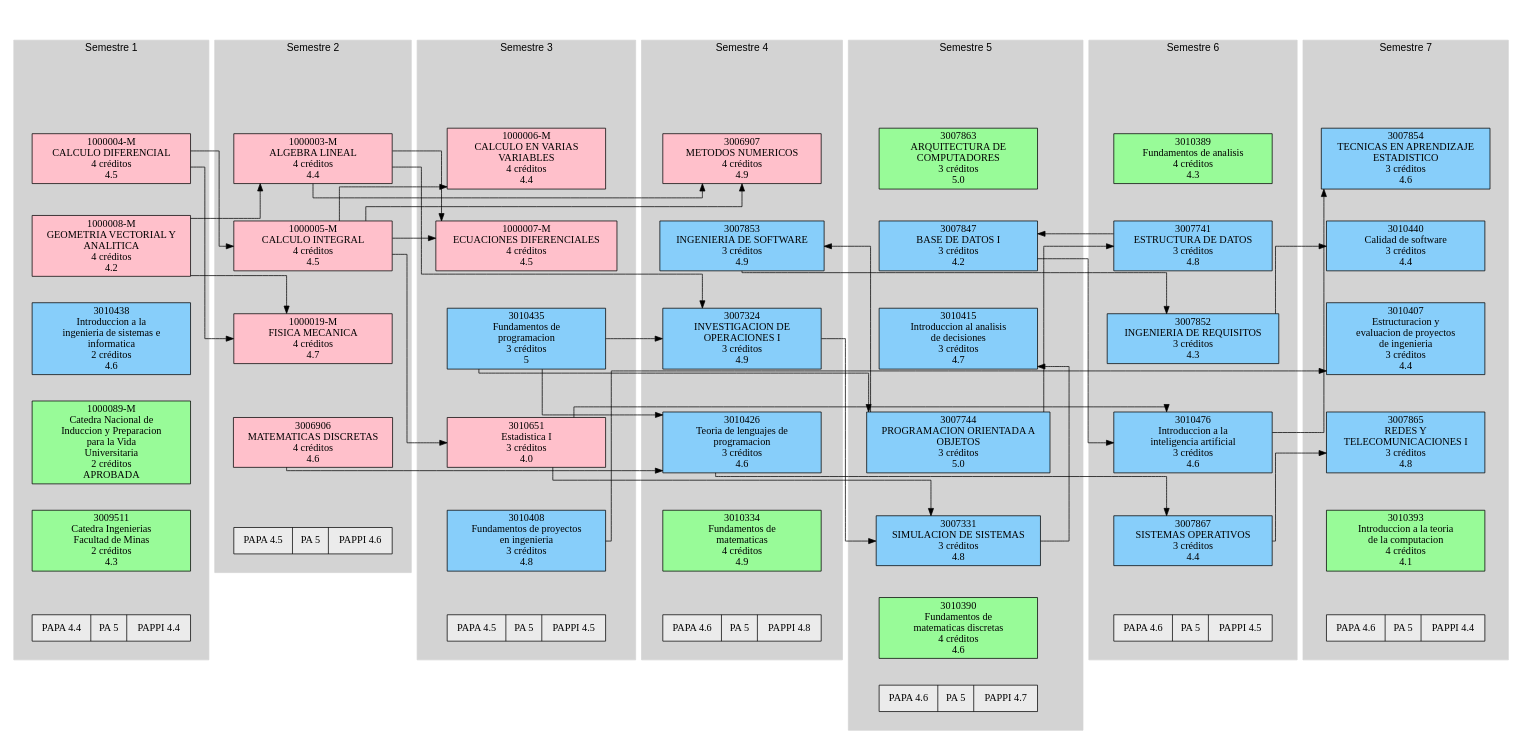
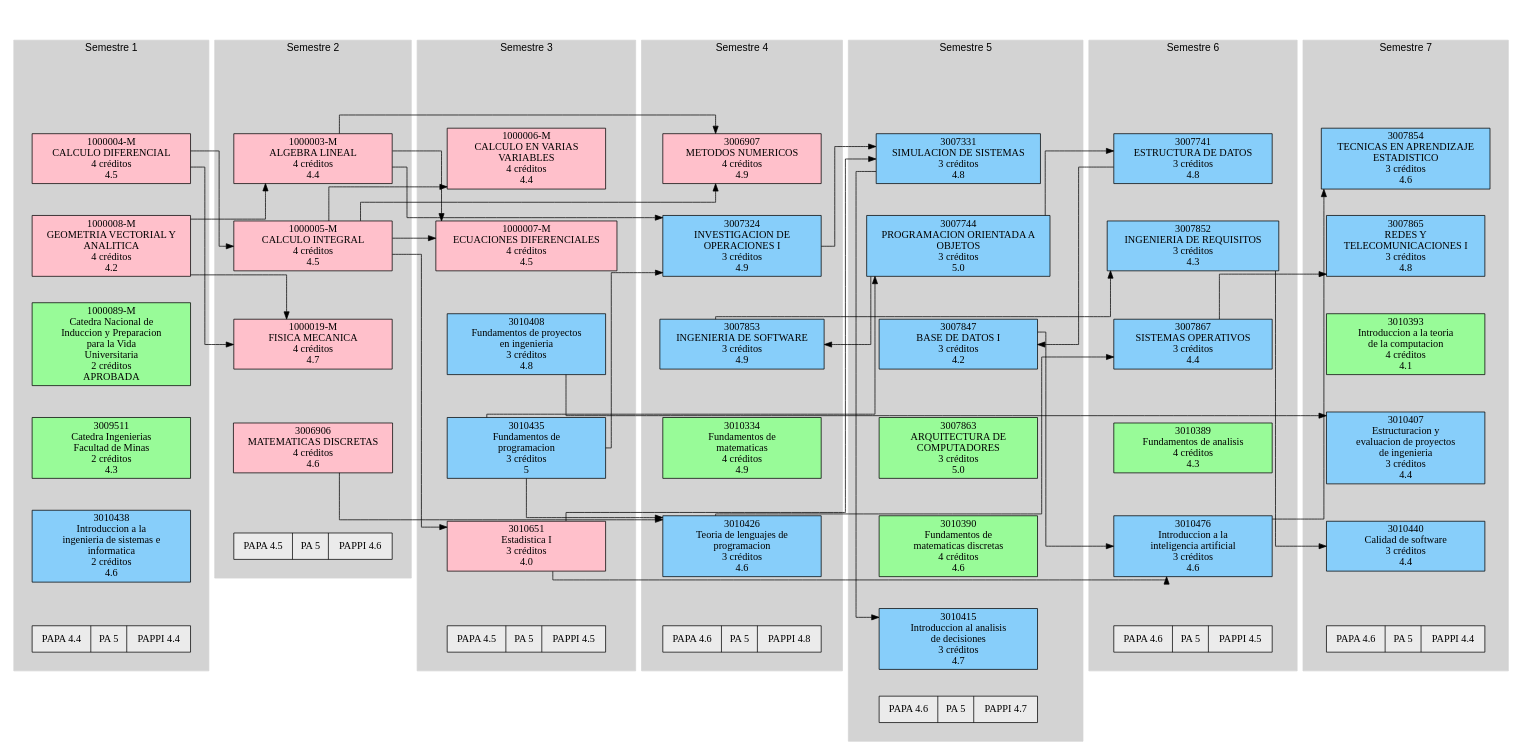
One commit to eporrasm/d-web changed the diagram in codigo/asignatura_catalog/Digraph.gv. Above: the diagram before and after it, drawn with Graphviz. The commit also changed 3 other files, not shown here.

```diff
--- a/codigo/asignatura_catalog/Digraph.gv
+++ b/codigo/asignatura_catalog/Digraph.gv
@@ -18,13 +18,6 @@
 4 créditos
 4.2" fillcolor="#FFC0CB" group=sem1]
 		"1000004-M" -> "1000008-M" [style=invis]
-		3010438 [label="3010438
-Introduccion a la
-ingenieria de sistemas e
-informatica
-2 créditos
-4.6" fillcolor="#87CEFA" group=sem1]
-		"1000008-M" -> 3010438 [style=invis]
 		"1000089-M" [label="1000089-M
 Catedra Nacional de
 Induccion y Preparacion
@@ -32,15 +25,22 @@
 Universitaria
 2 créditos
 APROBADA" fillcolor="#98FB98" group=sem1]
-		3010438 -> "1000089-M" [style=invis]
+		"1000008-M" -> "1000089-M" [style=invis]
 		3009511 [label="3009511
 Catedra Ingenierias
 Facultad de Minas
 2 créditos
 4.3" fillcolor="#98FB98" group=sem1]
 		"1000089-M" -> 3009511 [style=invis]
+		3010438 [label="3010438
+Introduccion a la
+ingenieria de sistemas e
+informatica
+2 créditos
+4.6" fillcolor="#87CEFA" group=sem1]
+		3009511 -> 3010438 [style=invis]
 		"Promedio 1" [label="PAPA 4.4|PA 5|PAPPI 4.4" fillcolor="#EBEBEB" shape=record]
-		3009511 -> "Promedio 1" [style=invis]
+		3010438 -> "Promedio 1" [style=invis]
 	}
 	subgraph cluster_2 {
 		graph [margin=25]
@@ -88,25 +88,25 @@
 4 créditos
 4.5" fillcolor="#FFC0CB" group=sem3]
 		"1000006-M" -> "1000007-M" [style=invis]
+		3010408 [label="3010408
+Fundamentos de proyectos
+en ingenieria
+3 créditos
+4.8" fillcolor="#87CEFA" group=sem3]
+		"1000007-M" -> 3010408 [style=invis]
 		3010435 [label="3010435
 Fundamentos de
 programacion
 3 créditos
 5" fillcolor="#87CEFA" group=sem3]
-		"1000007-M" -> 3010435 [style=invis]
+		3010408 -> 3010435 [style=invis]
 		3010651 [label="3010651
 Estadistica I
 3 créditos
 4.0" fillcolor="#FFC0CB" group=sem3]
 		3010435 -> 3010651 [style=invis]
-		3010408 [label="3010408
-Fundamentos de proyectos
-en ingenieria
-3 créditos
-4.8" fillcolor="#87CEFA" group=sem3]
-		3010651 -> 3010408 [style=invis]
 		"Promedio 3" [label="PAPA 4.5|PA 5|PAPPI 4.5" fillcolor="#EBEBEB" shape=record]
-		3010408 -> "Promedio 3" [style=invis]
+		3010651 -> "Promedio 3" [style=invis]
 	}
 	subgraph cluster_4 {
 		graph [margin=25]
@@ -119,31 +119,31 @@
 4 créditos
 4.9" fillcolor="#FFC0CB" group=sem4]
 		sem_4 -> 3006907 [style=invis]
-		3007853 [label="3007853
-INGENIERIA DE SOFTWARE
-3 créditos
-4.9" fillcolor="#87CEFA" group=sem4]
-		3006907 -> 3007853 [style=invis]
 		3007324 [label="3007324
 INVESTIGACION DE
 OPERACIONES I
 3 créditos
 4.9" fillcolor="#87CEFA" group=sem4]
-		3007853 -> 3007324 [style=invis]
+		3006907 -> 3007324 [style=invis]
+		3007853 [label="3007853
+INGENIERIA DE SOFTWARE
+3 créditos
+4.9" fillcolor="#87CEFA" group=sem4]
+		3007324 -> 3007853 [style=invis]
+		3010334 [label="3010334
+Fundamentos de
+matematicas
+4 créditos
+4.9" fillcolor="#98FB98" group=sem4]
+		3007853 -> 3010334 [style=invis]
 		3010426 [label="3010426
 Teoria de lenguajes de
 programacion
 3 créditos
 4.6" fillcolor="#87CEFA" group=sem4]
-		3007324 -> 3010426 [style=invis]
-		3010334 [label="3010334
-Fundamentos de
-matematicas
-4 créditos
-4.9" fillcolor="#98FB98" group=sem4]
-		3010426 -> 3010334 [style=invis]
+		3010334 -> 3010426 [style=invis]
 		"Promedio 4" [label="PAPA 4.6|PA 5|PAPPI 4.8" fillcolor="#EBEBEB" shape=record]
-		3010334 -> "Promedio 4" [style=invis]
+		3010426 -> "Promedio 4" [style=invis]
 	}
 	subgraph cluster_5 {
 		graph [margin=25]
@@ -151,42 +151,42 @@
 		color=lightgrey fontname=Arial style=filled
 		label="Semestre 5"
 		sem_5 [label=sem_5 style=invis]
+		3007331 [label="3007331
+SIMULACION DE SISTEMAS
+3 créditos
+4.8" fillcolor="#87CEFA" group=sem5]
+		sem_5 -> 3007331 [style=invis]
+		3007744 [label="3007744
+PROGRAMACION ORIENTADA A
+OBJETOS
+3 créditos
+5.0" fillcolor="#87CEFA" group=sem5]
+		3007331 -> 3007744 [style=invis]
+		3007847 [label="3007847
+BASE DE DATOS I
+3 créditos
+4.2" fillcolor="#87CEFA" group=sem5]
+		3007744 -> 3007847 [style=invis]
 		3007863 [label="3007863
 ARQUITECTURA DE
 COMPUTADORES
 3 créditos
 5.0" fillcolor="#98FB98" group=sem5]
-		sem_5 -> 3007863 [style=invis]
-		3007847 [label="3007847
-BASE DE DATOS I
-3 créditos
-4.2" fillcolor="#87CEFA" group=sem5]
-		3007863 -> 3007847 [style=invis]
+		3007847 -> 3007863 [style=invis]
+		3010390 [label="3010390
+Fundamentos de
+matematicas discretas
+4 créditos
+4.6" fillcolor="#98FB98" group=sem5]
+		3007863 -> 3010390 [style=invis]
 		3010415 [label="3010415
 Introduccion al analisis
 de decisiones
 3 créditos
 4.7" fillcolor="#87CEFA" group=sem5]
-		3007847 -> 3010415 [style=invis]
-		3007744 [label="3007744
-PROGRAMACION ORIENTADA A
-OBJETOS
-3 créditos
-5.0" fillcolor="#87CEFA" group=sem5]
-		3010415 -> 3007744 [style=invis]
-		3007331 [label="3007331
-SIMULACION DE SISTEMAS
-3 créditos
-4.8" fillcolor="#87CEFA" group=sem5]
-		3007744 -> 3007331 [style=invis]
-		3010390 [label="3010390
-Fundamentos de
-matematicas discretas
-4 créditos
-4.6" fillcolor="#98FB98" group=sem5]
-		3007331 -> 3010390 [style=invis]
+		3010390 -> 3010415 [style=invis]
 		"Promedio 5" [label="PAPA 4.6|PA 5|PAPPI 4.7" fillcolor="#EBEBEB" shape=record]
-		3010390 -> "Promedio 5" [style=invis]
+		3010415 -> "Promedio 5" [style=invis]
 	}
 	subgraph cluster_6 {
 		graph [margin=25]
@@ -194,34 +194,34 @@
 		color=lightgrey fontname=Arial style=filled
 		label="Semestre 6"
 		sem_6 [label=sem_6 style=invis]
-		3010389 [label="3010389
-Fundamentos de analisis
-4 créditos
-4.3" fillcolor="#98FB98" group=sem6]
-		sem_6 -> 3010389 [style=invis]
 		3007741 [label="3007741
 ESTRUCTURA DE DATOS
 3 créditos
 4.8" fillcolor="#87CEFA" group=sem6]
-		3010389 -> 3007741 [style=invis]
+		sem_6 -> 3007741 [style=invis]
 		3007852 [label="3007852
 INGENIERIA DE REQUISITOS
 3 créditos
 4.3" fillcolor="#87CEFA" group=sem6]
 		3007741 -> 3007852 [style=invis]
+		3007867 [label="3007867
+SISTEMAS OPERATIVOS
+3 créditos
+4.4" fillcolor="#87CEFA" group=sem6]
+		3007852 -> 3007867 [style=invis]
+		3010389 [label="3010389
+Fundamentos de analisis
+4 créditos
+4.3" fillcolor="#98FB98" group=sem6]
+		3007867 -> 3010389 [style=invis]
 		3010476 [label="3010476
 Introduccion a la
 inteligencia artificial
 3 créditos
 4.6" fillcolor="#87CEFA" group=sem6]
-		3007852 -> 3010476 [style=invis]
-		3007867 [label="3007867
-SISTEMAS OPERATIVOS
-3 créditos
-4.4" fillcolor="#87CEFA" group=sem6]
-		3010476 -> 3007867 [style=invis]
+		3010389 -> 3010476 [style=invis]
 		"Promedio 6" [label="PAPA 4.6|PA 5|PAPPI 4.5" fillcolor="#EBEBEB" shape=record]
-		3007867 -> "Promedio 6" [style=invis]
+		3010476 -> "Promedio 6" [style=invis]
 	}
 	subgraph cluster_7 {
 		graph [margin=25]
@@ -235,62 +235,62 @@
 3 créditos
 4.6" fillcolor="#87CEFA" group=sem7]
 		sem_7 -> 3007854 [style=invis]
-		3010440 [label="3010440
-Calidad de software
+		3007865 [label="3007865
+REDES Y
+TELECOMUNICACIONES I
 3 créditos
-4.4" fillcolor="#87CEFA" group=sem7]
-		3007854 -> 3010440 [style=invis]
+4.8" fillcolor="#87CEFA" group=sem7]
+		3007854 -> 3007865 [style=invis]
+		3010393 [label="3010393
+Introduccion a la teoria
+de la computacion
+4 créditos
+4.1" fillcolor="#98FB98" group=sem7]
+		3007865 -> 3010393 [style=invis]
 		3010407 [label="3010407
 Estructuracion y
 evaluacion de proyectos
 de ingenieria
 3 créditos
 4.4" fillcolor="#87CEFA" group=sem7]
-		3010440 -> 3010407 [style=invis]
-		3007865 [label="3007865
-REDES Y
-TELECOMUNICACIONES I
+		3010393 -> 3010407 [style=invis]
+		3010440 [label="3010440
+Calidad de software
 3 créditos
-4.8" fillcolor="#87CEFA" group=sem7]
-		3010407 -> 3007865 [style=invis]
-		3010393 [label="3010393
-Introduccion a la teoria
-de la computacion
-4 créditos
-4.1" fillcolor="#98FB98" group=sem7]
-		3007865 -> 3010393 [style=invis]
+4.4" fillcolor="#87CEFA" group=sem7]
+		3010407 -> 3010440 [style=invis]
 		"Promedio 7" [label="PAPA 4.6|PA 5|PAPPI 4.4" fillcolor="#EBEBEB" shape=record]
-		3010393 -> "Promedio 7" [style=invis]
+		3010440 -> "Promedio 7" [style=invis]
 	}
-	3010476 -> 3007854 [constraint=false]
-	3007852 -> 3010440 [constraint=false]
-	3010408 -> 3010407 [constraint=false]
-	3007867 -> 3007865 [constraint=false]
-	3007744 -> 3007741 [constraint=false]
-	3007853 -> 3007852 [constraint=false]
-	3010651 -> 3010476 [constraint=false]
-	3007847 -> 3010476 [constraint=false]
-	3010426 -> 3007867 [constraint=false]
-	3007741 -> 3007847 [constraint=false]
-	3007331 -> 3010415 [constraint=false]
-	3010435 -> 3007744 [constraint=false]
-	3007324 -> 3007331 [constraint=false]
-	3010651 -> 3007331 [constraint=false]
-	"1000003-M" -> 3006907 [constraint=false]
-	"1000005-M" -> 3006907 [constraint=false]
-	3007744 -> 3007853 [constraint=false]
-	"1000003-M" -> 3007324 [constraint=false]
-	3010435 -> 3007324 [constraint=false]
-	3010435 -> 3010426 [constraint=false]
-	3006906 -> 3010426 [constraint=false]
+	"1000008-M" -> "1000003-M" [constraint=false]
+	"1000004-M" -> "1000005-M" [constraint=false]
 	"1000005-M" -> "1000006-M" [constraint=false]
 	"1000003-M" -> "1000007-M" [constraint=false]
 	"1000005-M" -> "1000007-M" [constraint=false]
-	"1000005-M" -> 3010651 [constraint=false]
-	"1000008-M" -> "1000003-M" [constraint=false]
-	"1000004-M" -> "1000005-M" [constraint=false]
 	"1000004-M" -> "1000019-M" [constraint=false]
 	"1000008-M" -> "1000019-M" [constraint=false]
+	"1000003-M" -> 3006907 [constraint=false]
+	"1000005-M" -> 3006907 [constraint=false]
+	"1000003-M" -> 3007324 [constraint=false]
+	3010435 -> 3007324 [constraint=false]
+	3007324 -> 3007331 [constraint=false]
+	3010651 -> 3007331 [constraint=false]
+	3007744 -> 3007741 [constraint=false]
+	3010435 -> 3007744 [constraint=false]
+	3007741 -> 3007847 [constraint=false]
+	3007853 -> 3007852 [constraint=false]
+	3007744 -> 3007853 [constraint=false]
+	3010476 -> 3007854 [constraint=false]
+	3007867 -> 3007865 [constraint=false]
+	3010426 -> 3007867 [constraint=false]
+	3010408 -> 3010407 [constraint=false]
+	3007331 -> 3010415 [constraint=false]
+	3010435 -> 3010426 [constraint=false]
+	3006906 -> 3010426 [constraint=false]
+	3007852 -> 3010440 [constraint=false]
+	3010651 -> 3010476 [constraint=false]
+	3007847 -> 3010476 [constraint=false]
+	"1000005-M" -> 3010651 [constraint=false]
 	start -> sem_1 [lhead=cluster_1 style=invis]
 	start -> sem_2 [lhead=cluster_2 style=invis]
 	start -> sem_3 [lhead=cluster_3 style=invis]
```
